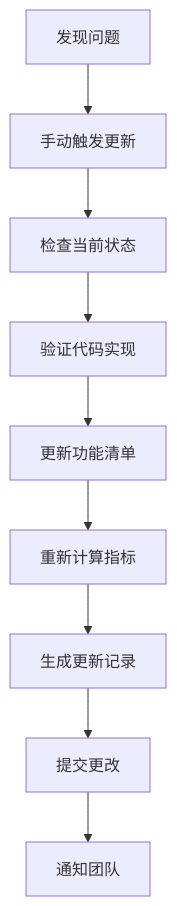
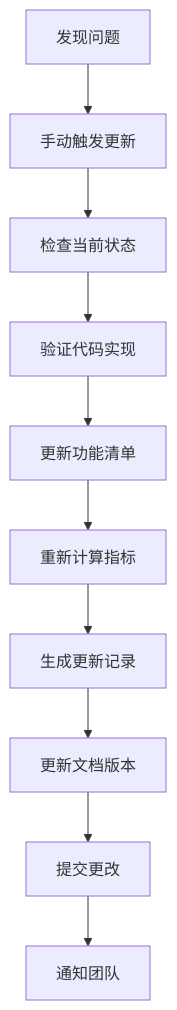
Before and after one commit to CryptoLinxu/Web3-AI-Agent: the eighth of 8 diagrams in .qoder/repowiki/zh/content/项目概述/项目检查表系统.md, drawn with Mermaid. The commit also changed other lines of this file and 18 other files, not shown here.

````diff
--- a/.qoder/repowiki/zh/content/项目概述/项目检查表系统.md
+++ b/.qoder/repowiki/zh/content/项目概述/项目检查表系统.md
@@ -510,11 +547,12 @@
 ```mermaid
 flowchart TD
 A[发现问题] --> B[手动触发更新]
 B --> C[检查当前状态]
 C --> D[验证代码实现]
 D --> E[更新功能清单]
 E --> F[重新计算指标]
 F --> G[生成更新记录]
-G --> H[提交更改]
-H --> I[通知团队]
+G --> H[更新文档版本]
+H --> I[提交更改]
+I --> J[通知团队]
 ```
````
